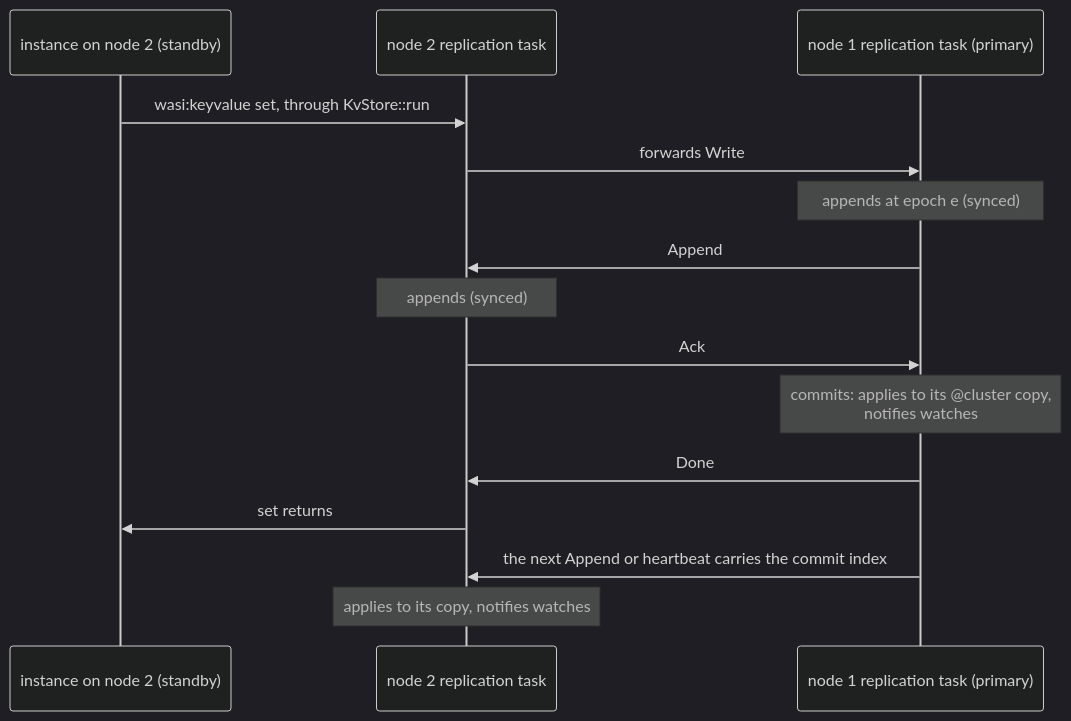
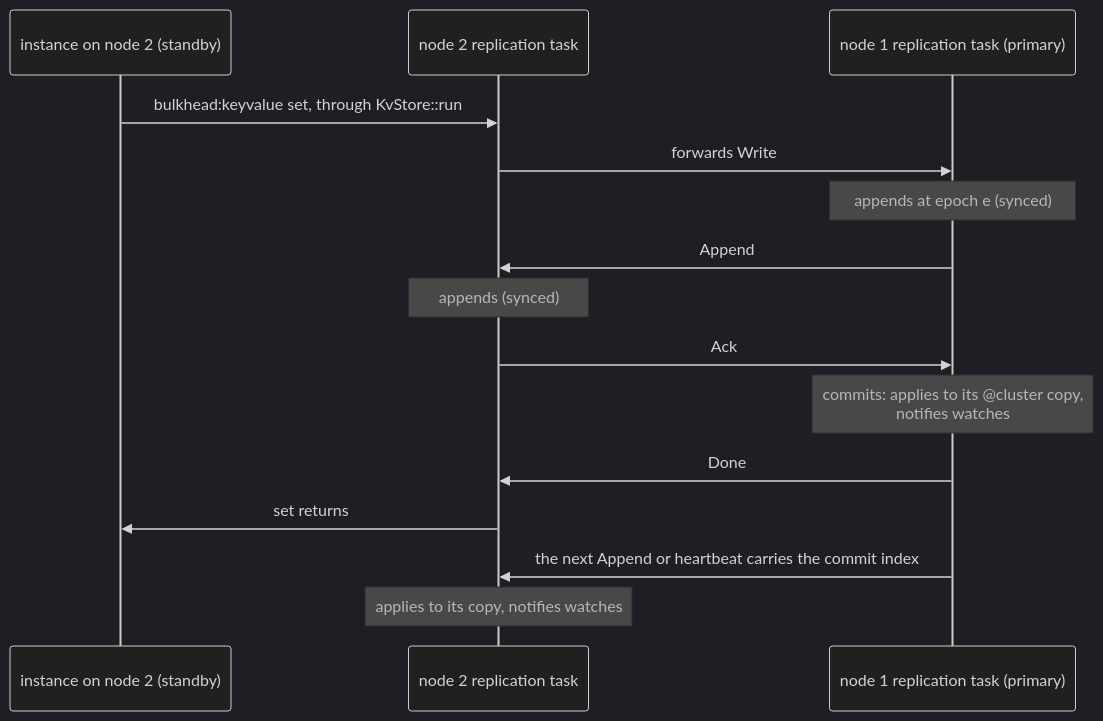
Before and after one commit to jrobhoward/paddock: the tenth of 10 diagrams in docs/ARCHITECTURE.md, drawn with Mermaid (dark theme). The commit also changed other lines of this file and 99 other files, not shown here.

````diff
--- a/docs/ARCHITECTURE.md
+++ b/docs/ARCHITECTURE.md
@@ -365,17 +365,17 @@
 ```mermaid
 sequenceDiagram
     participant I as instance on node 2 (standby)
     participant R2 as node 2 replication task
     participant R1 as node 1 replication task (primary)
-    I->>R2: wasi:keyvalue set, through KvStore::run
+    I->>R2: bulkhead:keyvalue set, through KvStore::run
     R2->>R1: forwards Write
     Note over R1: appends at epoch e (synced)
     R1->>R2: Append
     Note over R2: appends (synced)
     R2->>R1: Ack
     Note over R1: commits: applies to its @cluster copy,<br/>notifies watches
     R1->>R2: Done
     R2->>I: set returns
     R1->>R2: the next Append or heartbeat carries the commit index
     Note over R2: applies to its copy, notifies watches
 ```
````
